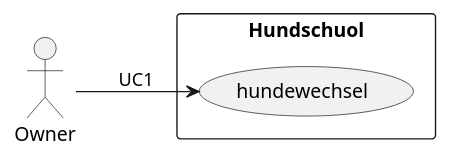
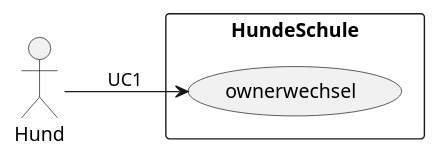
The first of 2 diagrams in src/main/java/ch/bbw/m226/openapiproject/dogUseCase.adoc (tamer545/openapiproject), drawn with PlantUML before and after one commit. The commit also changed other lines of this file and 2 other files, not shown here.

```diff
--- a/src/main/java/ch/bbw/m226/openapiproject/dogUseCase.adoc
+++ b/src/main/java/ch/bbw/m226/openapiproject/dogUseCase.adoc
@@ -6,12 +6,12 @@
 [plantuml]
 ----
 @startuml
 left to right direction
 
-rectangle Hundschuol {
-    usecase "hundewechsel" as UC1
+rectangle HundeSchule {
+    usecase "ownerwechsel" as UC1
 }
 
-Owner --> UC1 : UC1
+Hund --> UC1 : UC1
 @enduml
 ----
```
